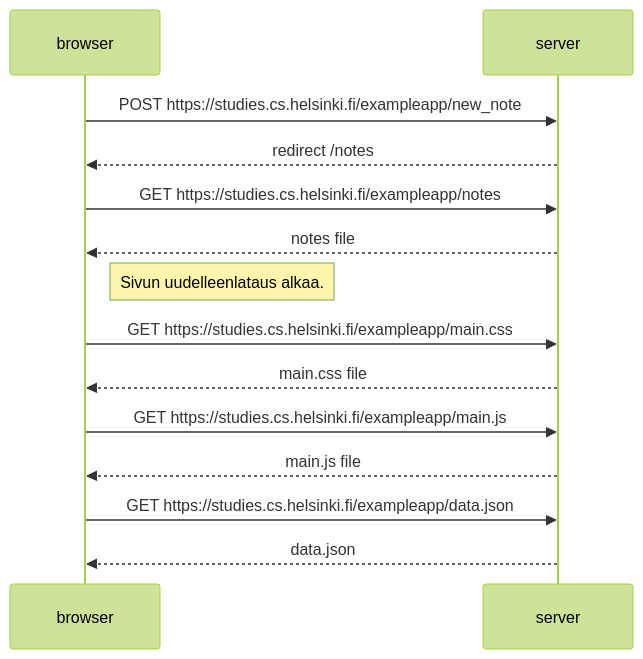
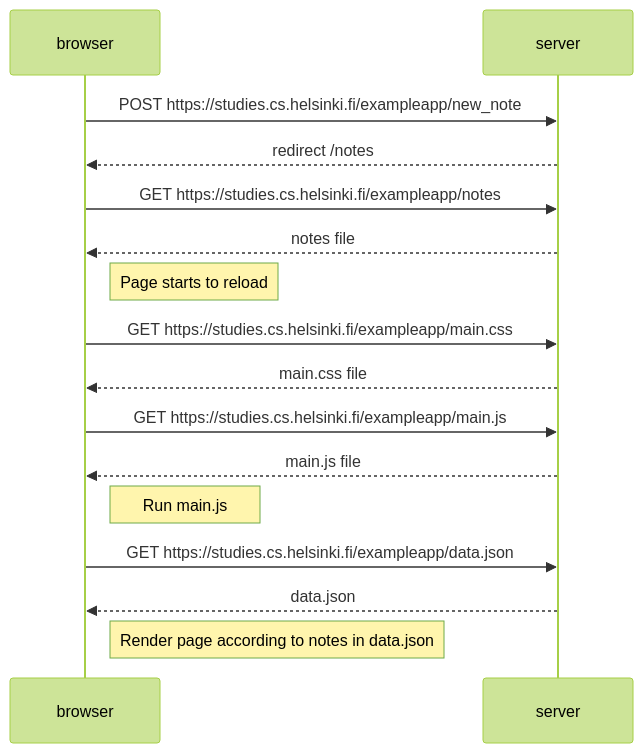
One commit to githubwelho/fullstack-osa0 changed the diagram in 0.4:-uusi muistiinpano.md. Above: the diagram before and after it, drawn with Mermaid (forest theme).

Commit message:
Update 0.4:-uusi muistiinpano.md

````diff
--- a/0.4:-uusi muistiinpano.md
+++ b/0.4:-uusi muistiinpano.md
@@ -1,20 +1,24 @@
 ```mermaid
     sequenceDiagram
     participant browser
     participant server
 
     browser->>server: POST https://studies.cs.helsinki.fi/exampleapp/new_note
     server-->>browser: redirect /notes
     browser->>server: GET https://studies.cs.helsinki.fi/exampleapp/notes
     server-->>browser: notes file
 
-    Note right of browser: Sivun uudelleenlataus alkaa.
+    Note right of browser: Page starts to reload
 
     browser->>server: GET https://studies.cs.helsinki.fi/exampleapp/main.css
     server-->>browser: main.css file
     browser->>server: GET https://studies.cs.helsinki.fi/exampleapp/main.js
     server-->>browser: main.js file
+
+    Note right of browser: Run main.js
+
     browser->>server: GET https://studies.cs.helsinki.fi/exampleapp/data.json
     server-->>browser: data.json
+    Note right of browser: Render page according to notes in data.json
 
 ```
````
